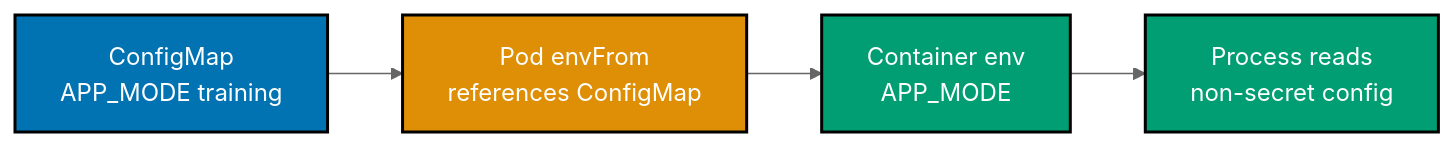
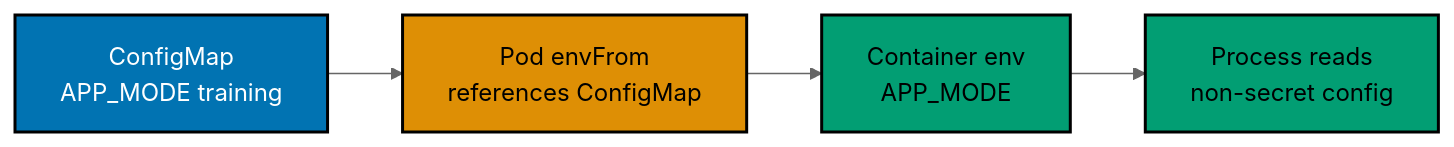
Before and after one commit to wahidyankf/ose-public: diagram 11 of 17 in apps/ayokoding-www/content/en/learn/courses/containers-and-orchestration/learning/intermediate.md, drawn with Mermaid (neutral theme). The commit also changed other lines of this file and 144 other files, not shown here.

First line of the commit message:
fix(mermaid): bring the first half of the courses diagrams onto the accessible palette

````diff
--- a/apps/ayokoding-www/content/en/learn/courses/containers-and-orchestration/learning/intermediate.md
+++ b/apps/ayokoding-www/content/en/learn/courses/containers-and-orchestration/learning/intermediate.md
@@ -795,12 +825,15 @@
 ```mermaid
 %% Color Palette: Blue #0173B2, Orange #DE8F05, Teal #029E73; color-blind friendly WCAG AA palette
 graph LR
+    accTitle: Example 46: ConfigMap environment injection
+    accDescr: Graph with 4 nodes and 3 connections. Nodes: ConfigMap APP_MODE training, Pod envFrom references ConfigMap, Container env APP_MODE, Process reads non-secret config. Connections: ConfigMap APP_MODE training to Pod envFrom references ConfigMap, Pod envFrom references ConfigMap to Container env APP_MODE, Container env APP_MODE to Process reads non-secret config.
     CM["ConfigMap<br/>APP_MODE training"]:::blue
     REF["Pod envFrom<br/>references ConfigMap"]:::orange
     ENV["Container env<br/>APP_MODE"]:::teal
     P["Process reads<br/>non-secret config"]:::teal
     CM --> REF --> ENV --> P
     classDef blue fill:#0173B2,stroke:#000000,color:#FFFFFF,stroke-width:2px
-    classDef teal fill:#029E73,stroke:#000000,color:#FFFFFF,stroke-width:2px
-    classDef orange fill:#DE8F05,stroke:#000000,color:#FFFFFF,stroke-width:2px
+    classDef teal fill:#029E73,stroke:#000000,color:#000000,stroke-width:2px
+    classDef orange fill:#DE8F05,stroke:#000000,color:#000000,stroke-width:2px
+    classDef default fill:#FFFFFF,stroke:#000000,color:#000000
 ```
````
